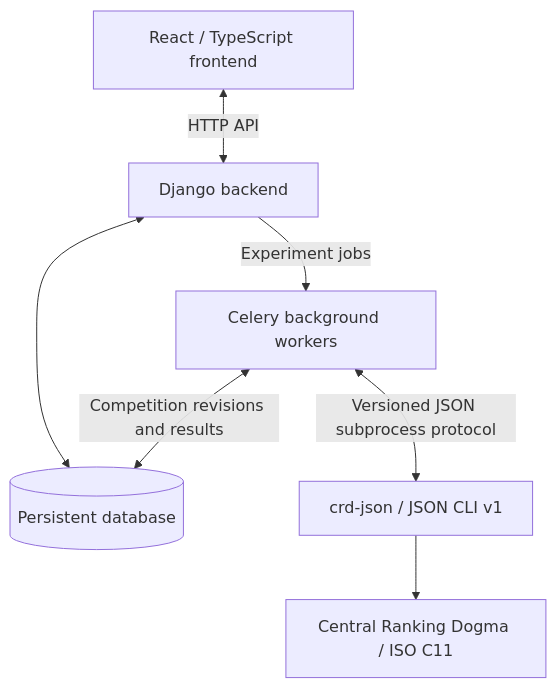
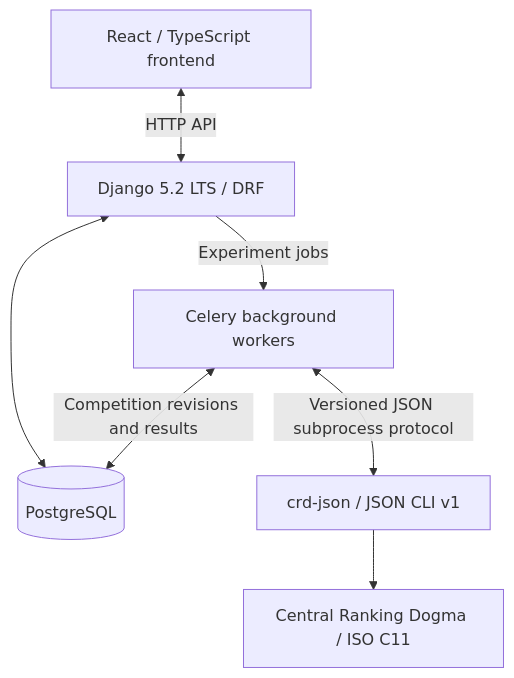
One commit to AlessVolpe/FantacalcioDummySystem changed the diagram in README.md. Above: the diagram before and after it, drawn with Mermaid. The commit also changed other lines of this file and 11 other files, not shown here.

First line of the commit message:
docs(architecture): finalize backend technology and identity decisions (#8)

````diff
--- a/README.md
+++ b/README.md
@@ -69,16 +69,16 @@
 ```mermaid
 flowchart TB
     UI["React / TypeScript frontend"]
-    API["Django backend"]
-    DB[("Persistent database")]
+    API["Django 5.2 LTS / DRF"]
+    DB[("PostgreSQL")]
     JOB["Celery background workers"]
     CLI["crd-json / JSON CLI v1"]
     CRD["Central Ranking Dogma / ISO C11"]
 
     UI <-->|"HTTP API"| API
     API <--> DB
     API -->|"Experiment jobs"| JOB
     JOB <-->|"Competition revisions and results"| DB
     JOB <-->|"Versioned JSON subprocess protocol"| CLI
     CLI --> CRD
 ```
````
